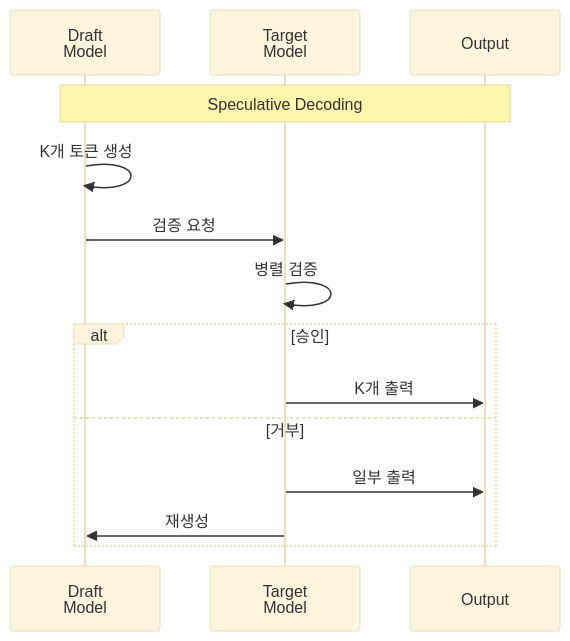
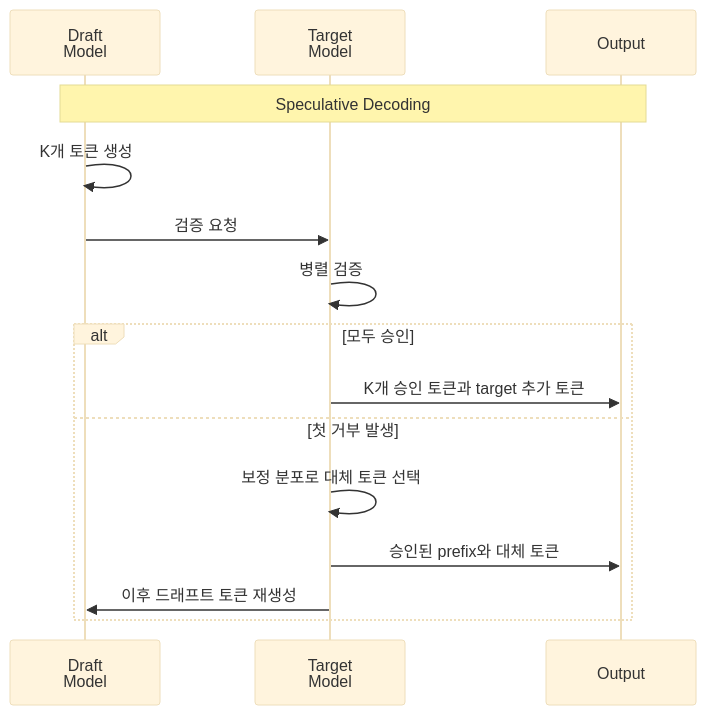
Before and after one commit to devfloor9/engineering-playbook: the sixth of 6 diagrams in docs/agentic-ai-platform/model-serving/inference-frameworks/moe-model-serving.md, drawn with Mermaid (base theme). The commit also changed other lines of this file and 13 other files, not shown here.

````diff
--- a/docs/agentic-ai-platform/model-serving/inference-frameworks/moe-model-serving.md
+++ b/docs/agentic-ai-platform/model-serving/inference-frameworks/moe-model-serving.md
@@ -354,19 +425,20 @@
 ```mermaid
 sequenceDiagram
     participant Draft as Draft<br/>Model
     participant Target as Target<br/>Model
     participant Out as Output
 
     Note over Draft,Out: Speculative Decoding
 
     Draft->>Draft: K개 토큰 생성
     Draft->>Target: 검증 요청
     Target->>Target: 병렬 검증
 
-    alt 승인
-        Target->>Out: K개 출력
-    else 거부
-        Target->>Out: 일부 출력
-        Target->>Draft: 재생성
+    alt 모두 승인
+        Target->>Out: K개 승인 토큰과 target 추가 토큰
+    else 첫 거부 발생
+        Target->>Target: 보정 분포로 대체 토큰 선택
+        Target->>Out: 승인된 prefix와 대체 토큰
+        Target->>Draft: 이후 드래프트 토큰 재생성
     end
 ```
````
